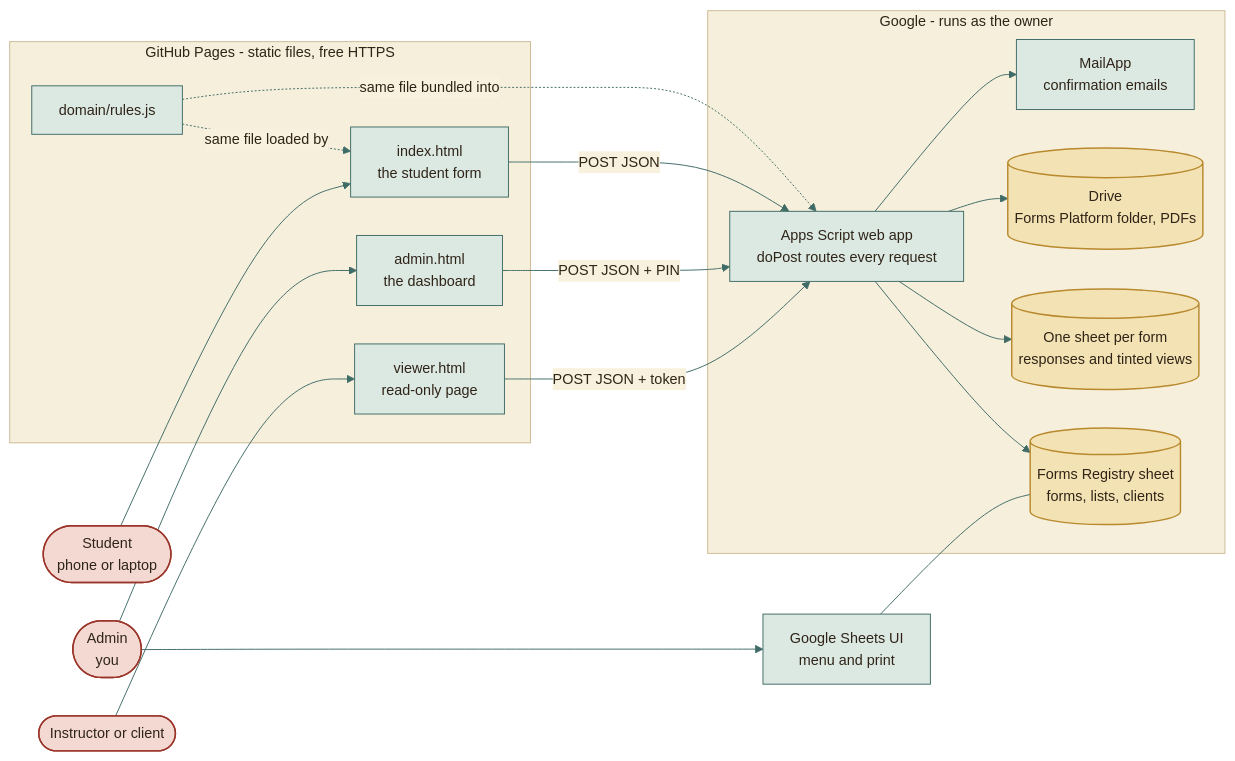
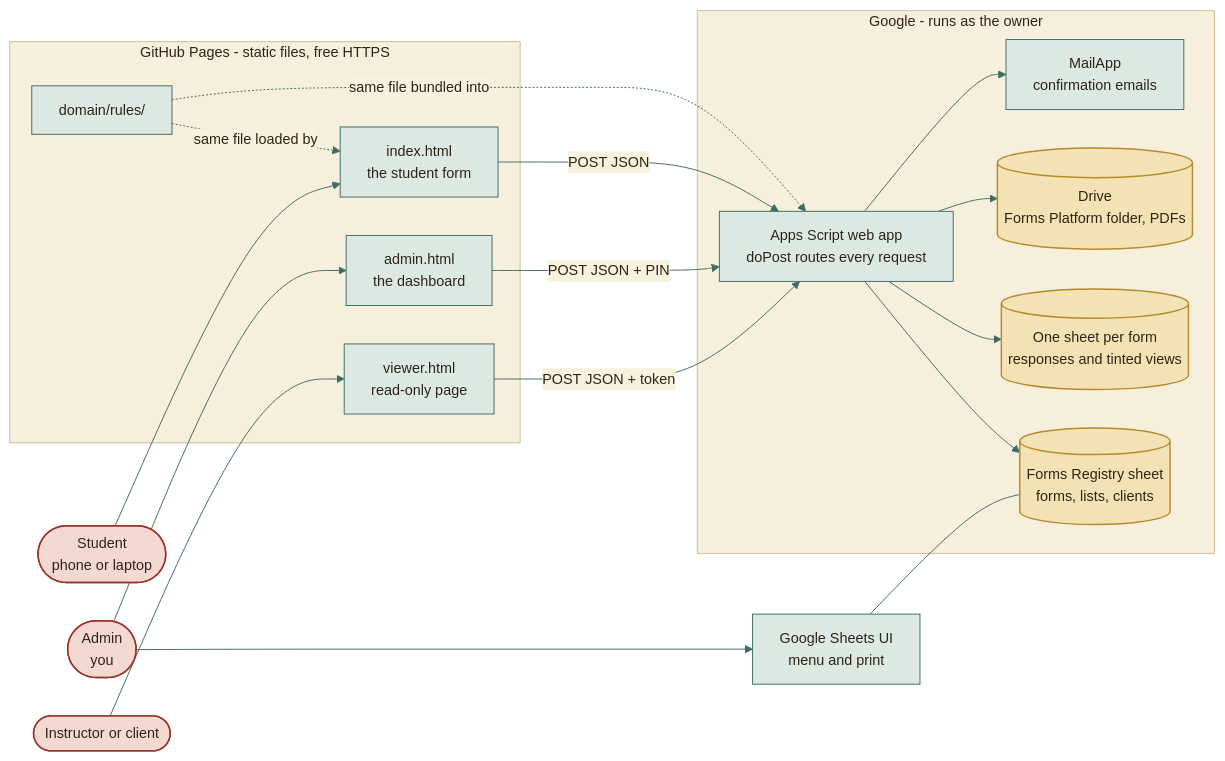
One commit to moyeh04/forms-platform changed the first of 12 diagrams in docs/architecture/ARCHITECTURE.md. Above: the diagram before and after it, drawn with Mermaid. The commit also changed other lines of this file and 6 other files, not shown here.

````diff
--- a/docs/architecture/ARCHITECTURE.md
+++ b/docs/architecture/ARCHITECTURE.md
@@ -33,68 +33,68 @@
 ```mermaid
 %%{init: {
   'theme': 'base',
   'themeVariables': {
     'fontFamily': 'ui-sans-serif, system-ui, -apple-system, Segoe UI, Roboto, sans-serif',
     'fontSize': '15px',
     'primaryColor': '#DCE9E2', 'primaryBorderColor': '#3F6B66', 'primaryTextColor': '#2F2418',
     'secondaryColor': '#F0E4C8', 'secondaryBorderColor': '#C9A24A', 'secondaryTextColor': '#2F2418',
     'tertiaryColor': '#F6EFDC', 'tertiaryBorderColor': '#CDBB94', 'tertiaryTextColor': '#2F2418',
     'lineColor': '#3F6B66', 'textColor': '#2F2418', 'mainBkg': '#DCE9E2', 'nodeBorder': '#3F6B66',
     'clusterBkg': '#F6EFDC', 'clusterBorder': '#CDBB94', 'titleColor': '#2F2418',
     'edgeLabelBackground': '#F8F1DD',
     'actorBkg': '#DCE9E2', 'actorBorder': '#3F6B66', 'actorTextColor': '#2F2418', 'actorLineColor': '#8FB3AB',
     'signalColor': '#477A73', 'signalTextColor': '#477A73',
     'labelBoxBkgColor': '#F0E4C8', 'labelBoxBorderColor': '#C9A24A', 'labelTextColor': '#2F2418', 'loopTextColor': '#6A5A44',
     'noteBkgColor': '#FBEFC9', 'noteBorderColor': '#C9A24A', 'noteTextColor': '#2F2418',
     'activationBkgColor': '#DCE9E2', 'activationBorderColor': '#3F6B66', 'sequenceNumberColor': '#F8F1DD',
     'transitionColor': '#3F6B66', 'stateLabelColor': '#2F2418', 'stateBkg': '#DCE9E2', 'altBackground': '#F6EFDC',
     'attributeBackgroundColorOdd': '#F8F1DD', 'attributeBackgroundColorEven': '#F0E4C8'
   },
   'flowchart': {'curve': 'basis', 'padding': 14, 'nodeSpacing': 40, 'rankSpacing': 46},
   'sequence': {'mirrorActors': false, 'messageMargin': 34, 'boxMargin': 8}
 }}%%
 flowchart LR
     student(["Student<br/>phone or laptop"])
     admin(["Admin<br/>you"])
     teacher(["Instructor or client"])
 
     subgraph gh["GitHub Pages - static files, free HTTPS"]
         idx["index.html<br/>the student form"]
         adm["admin.html<br/>the dashboard"]
         vwr["viewer.html<br/>read-only page"]
-        rules["domain/rules.js"]
+        rules["domain/rules/"]
     end
 
     subgraph google["Google - runs as the owner"]
         gas["Apps Script web app<br/>doPost routes every request"]
         reg[("Forms Registry sheet<br/>forms, lists, clients")]
         fs[("One sheet per form<br/>responses and tinted views")]
         drive[("Drive<br/>Forms Platform folder, PDFs")]
         mail["MailApp<br/>confirmation emails"]
     end
 
     sheetui["Google Sheets UI<br/>menu and print"]
 
     student --> idx
     admin --> adm
     teacher --> vwr
     idx -- "POST JSON" --> gas
     adm -- "POST JSON + PIN" --> gas
     vwr -- "POST JSON + token" --> gas
     gas --> reg
     gas --> fs
     gas --> drive
     gas --> mail
     admin --> sheetui
     sheetui --- reg
     rules -. "same file loaded by" .-> idx
     rules -. "same file bundled into" .-> gas
     classDef cDb fill:#F3E2B3,stroke:#B8892D,stroke-width:1.5px,color:#2F2418
     classDef cActor fill:#F4D9D3,stroke:#9A3328,stroke-width:1.5px,color:#2F2418
     classDef cDec fill:#FBEFC9,stroke:#C9A24A,stroke-width:1.5px,color:#2F2418
     classDef cEnd fill:#2F2418,stroke:#2F2418,color:#F8F1DD
     classDef cErr fill:#F6D5CF,stroke:#A12B1F,stroke-width:1.5px,color:#5A140C
     classDef cOk fill:#BFD9CF,stroke:#2E5A55,stroke-width:1.5px,color:#17302D
     class reg,fs,drive cDb
     class student,admin,teacher cActor
 ```
````
